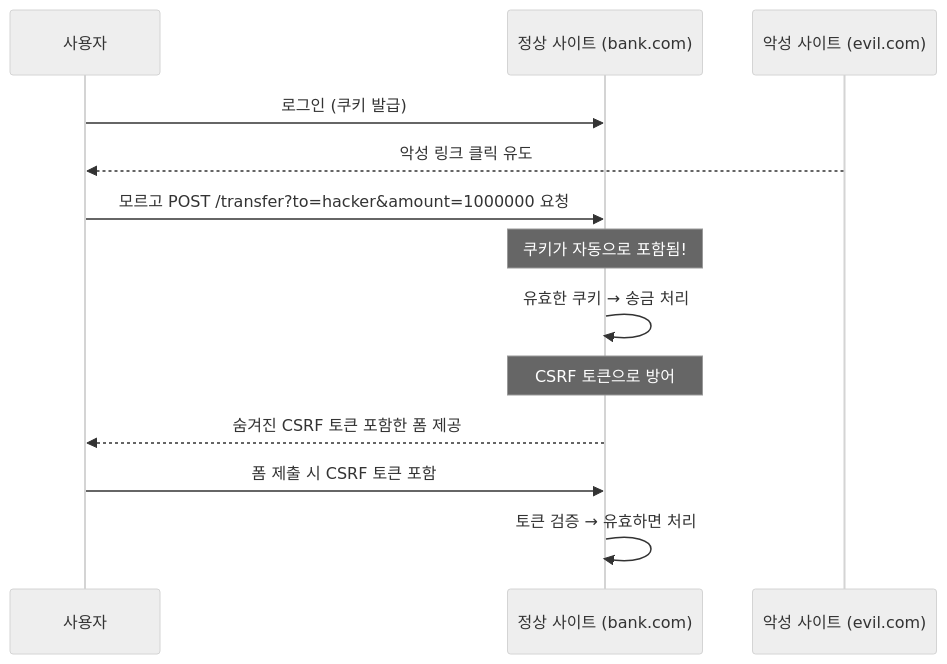
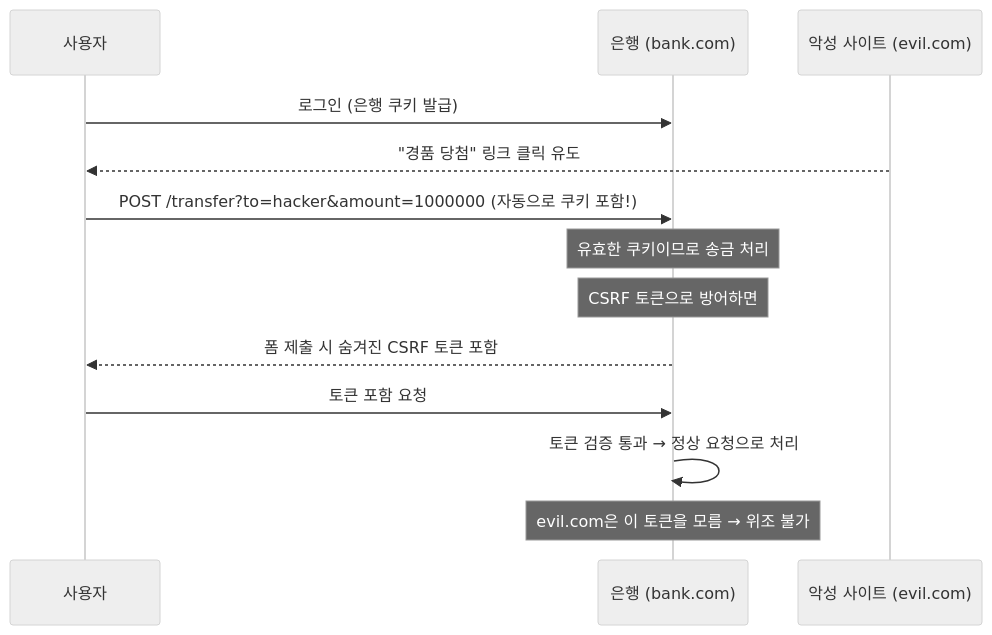
Before and after one commit to yjkim2015/yjkim2015.github.io: the sixth of 7 diagrams in _posts/spring/2026-05-02-spring-security-deep.md, drawn with Mermaid (neutral theme). The commit also changed other lines of this file and 92 other files, not shown here.

First line of the commit message:
Major quality rewrite: 98 files, Mermaid fix, extreme-scenario component

````diff
--- a/_posts/spring/2026-05-02-spring-security-deep.md
+++ b/_posts/spring/2026-05-02-spring-security-deep.md
@@ -440,17 +488,17 @@
 ```mermaid
 sequenceDiagram
     participant U as 사용자
-    participant B as 정상 사이트 (bank.com)
+    participant B as 은행 (bank.com)
     participant M as 악성 사이트 (evil.com)
 
-    U->>B: 로그인 (쿠키 발급)
-    M-->>U: 악성 링크 클릭 유도
-    U->>B: 모르고 POST /transfer?to=hacker&amount=1000000 요청
-    Note over B: 쿠키가 자동으로 포함됨!
-    B->>B: 유효한 쿠키 → 송금 처리
+    U->>B: 로그인 (은행 쿠키 발급)
+    M-->>U: "경품 당첨" 링크 클릭 유도
+    U->>B: POST /transfer?to=hacker&amount=1000000 (자동으로 쿠키 포함!)
+    Note over B: 유효한 쿠키이므로 송금 처리
 
-    Note over B: CSRF 토큰으로 방어
-    B-->>U: 숨겨진 CSRF 토큰 포함한 폼 제공
-    U->>B: 폼 제출 시 CSRF 토큰 포함
-    B->>B: 토큰 검증 → 유효하면 처리
+    Note over B: CSRF 토큰으로 방어하면
+    B-->>U: 폼 제출 시 숨겨진 CSRF 토큰 포함
+    U->>B: 토큰 포함 요청
+    B->>B: 토큰 검증 통과 → 정상 요청으로 처리
+    Note over B: evil.com은 이 토큰을 모름 → 위조 불가
 ```
````
